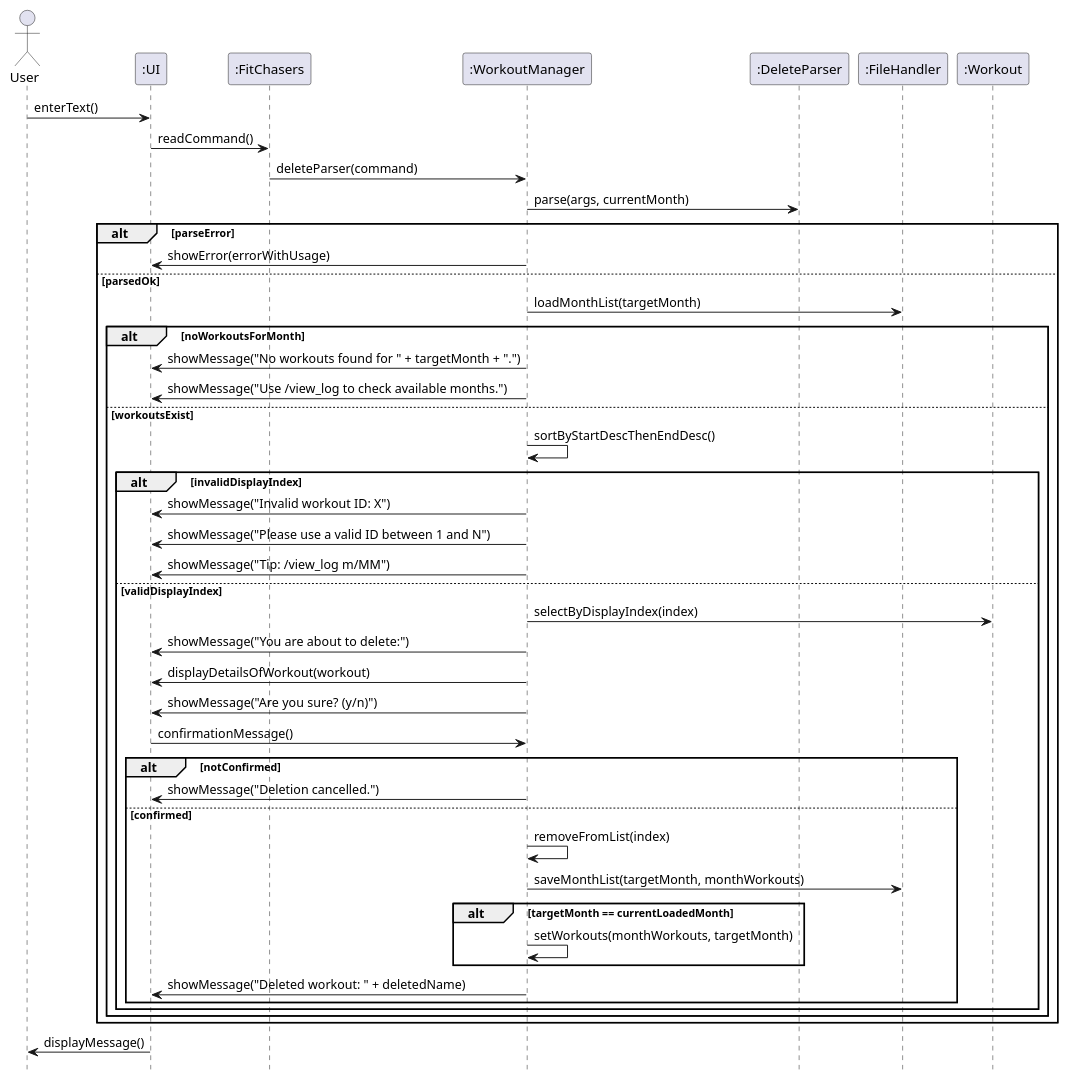
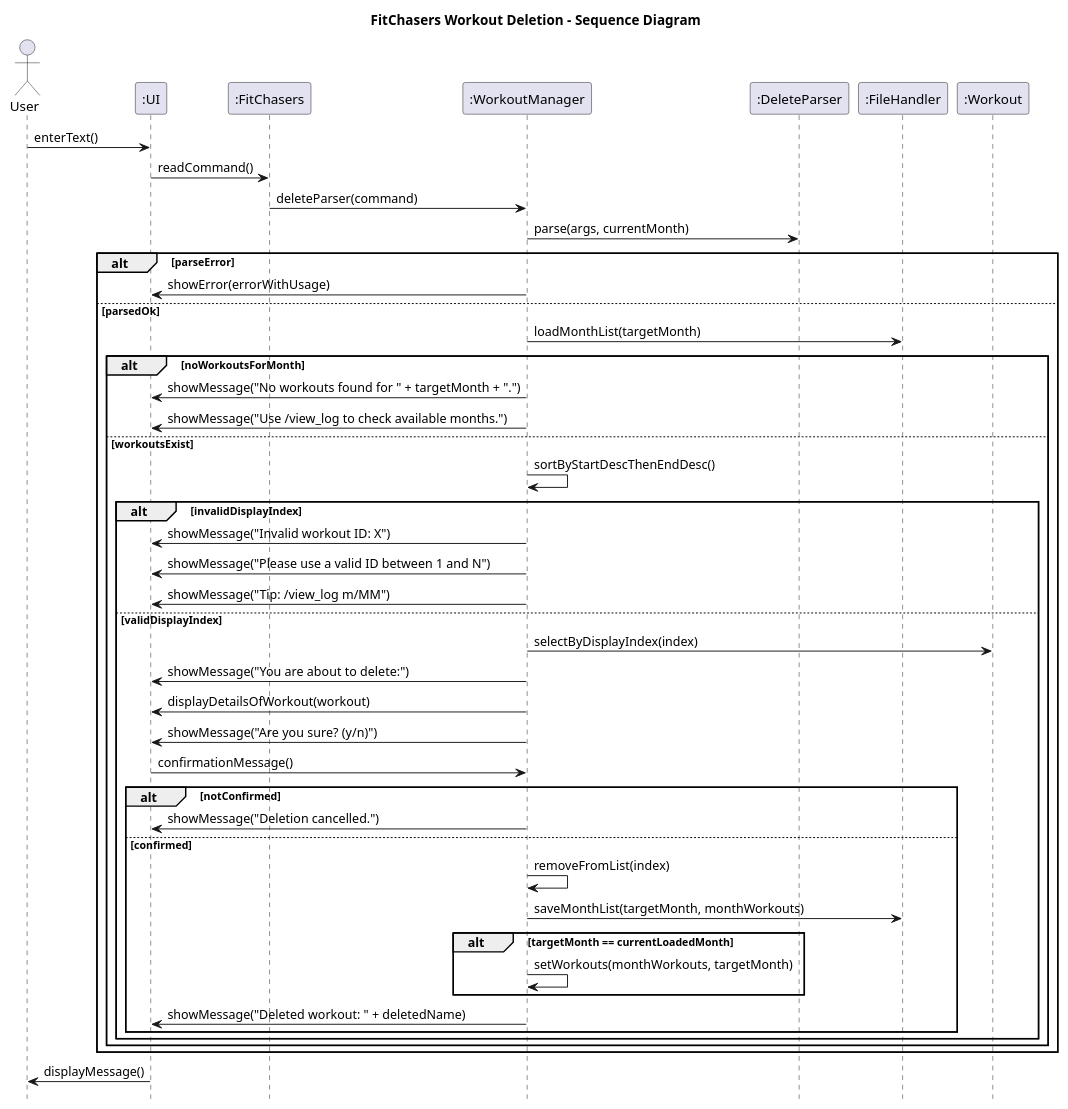
Before and after one commit to Exceptional-Khoi/tp: the diagram in docs/diagrams/UML_del_workout.puml, drawn with PlantUML. The commit also changed 13 other files, not shown here.

Commit message:
Add object diagram

```diff
--- a/docs/diagrams/UML_del_workout.puml
+++ b/docs/diagrams/UML_del_workout.puml
@@ -1,62 +1,62 @@
 @startuml
-
+title FitChasers Workout Deletion - Sequence Diagram
 ' --- Styling (kept minimal & consistent) ---
 skinparam sequenceParticipantType rectangle
 skinparam shadowing false
 skinparam responseMessageBelowArrow true
 hide footbox
 
 actor    User
 participant ":UI" as UI
 participant ":FitChasers" as App
 participant ":WorkoutManager" as WM
 participant ":DeleteParser" as DP
 participant ":FileHandler" as FH
 participant ":Workout" as W
 
 User -> UI : enterText()
 UI -> App : readCommand()
 App -> WM : deleteParser(command)
 
 WM -> DP : parse(args, currentMonth)
 
 alt parseError
   WM -> UI : showError(errorWithUsage)
 else parsedOk
   WM -> FH : loadMonthList(targetMonth)
 
   alt noWorkoutsForMonth
     WM -> UI : showMessage("No workouts found for " + targetMonth + ".")
     WM -> UI : showMessage("Use /view_log to check available months.")
   else workoutsExist
     WM -> WM : sortByStartDescThenEndDesc()
 
     alt invalidDisplayIndex
       WM -> UI : showMessage("Invalid workout ID: X")
       WM -> UI : showMessage("Please use a valid ID between 1 and N")
       WM -> UI : showMessage("Tip: /view_log m/MM")
     else validDisplayIndex
       WM -> W : selectByDisplayIndex(index)
       WM -> UI : showMessage("You are about to delete:")
       WM -> UI : displayDetailsOfWorkout(workout)
       WM -> UI : showMessage("Are you sure? (y/n)")
       UI -> WM : confirmationMessage()
 
       alt notConfirmed
         WM -> UI : showMessage("Deletion cancelled.")
       else confirmed
         WM -> WM : removeFromList(index)
         WM -> FH : saveMonthList(targetMonth, monthWorkouts)
 
         alt targetMonth == currentLoadedMonth
           WM -> WM : setWorkouts(monthWorkouts, targetMonth)
         end
 
         WM -> UI : showMessage("Deleted workout: " + deletedName)
       end
     end
   end
 end
 
 UI -> User : displayMessage()
 @enduml
```
